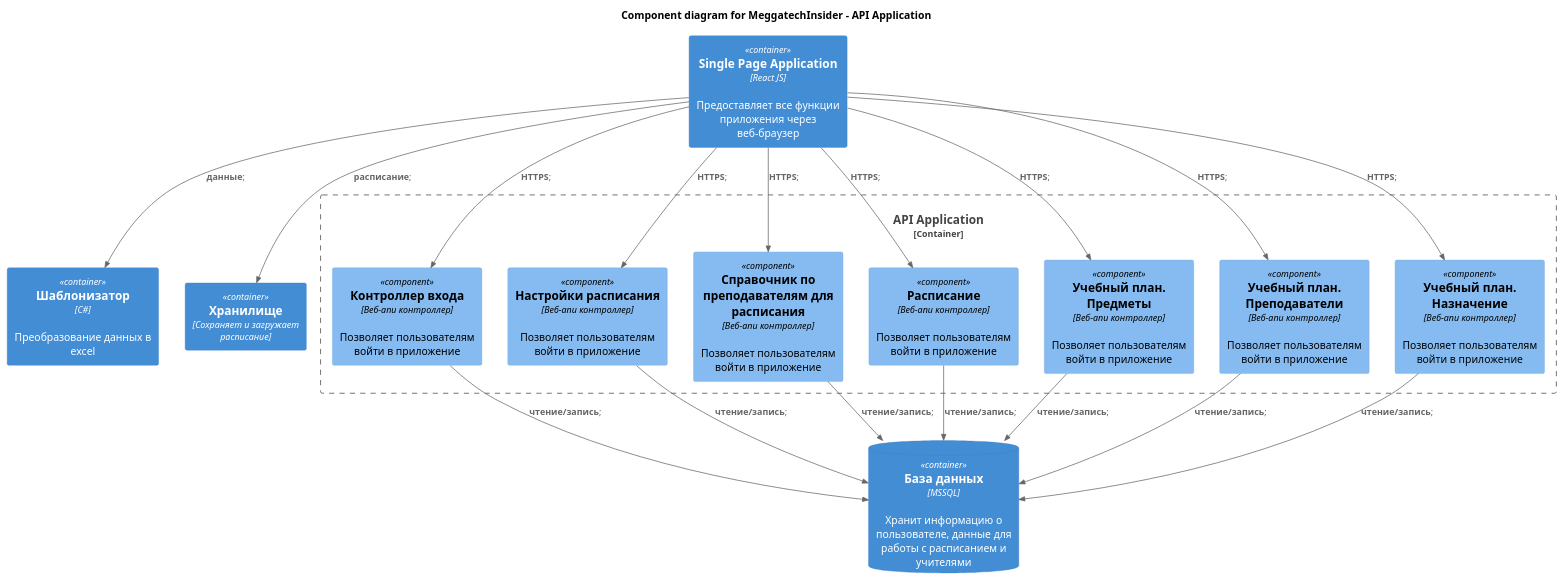
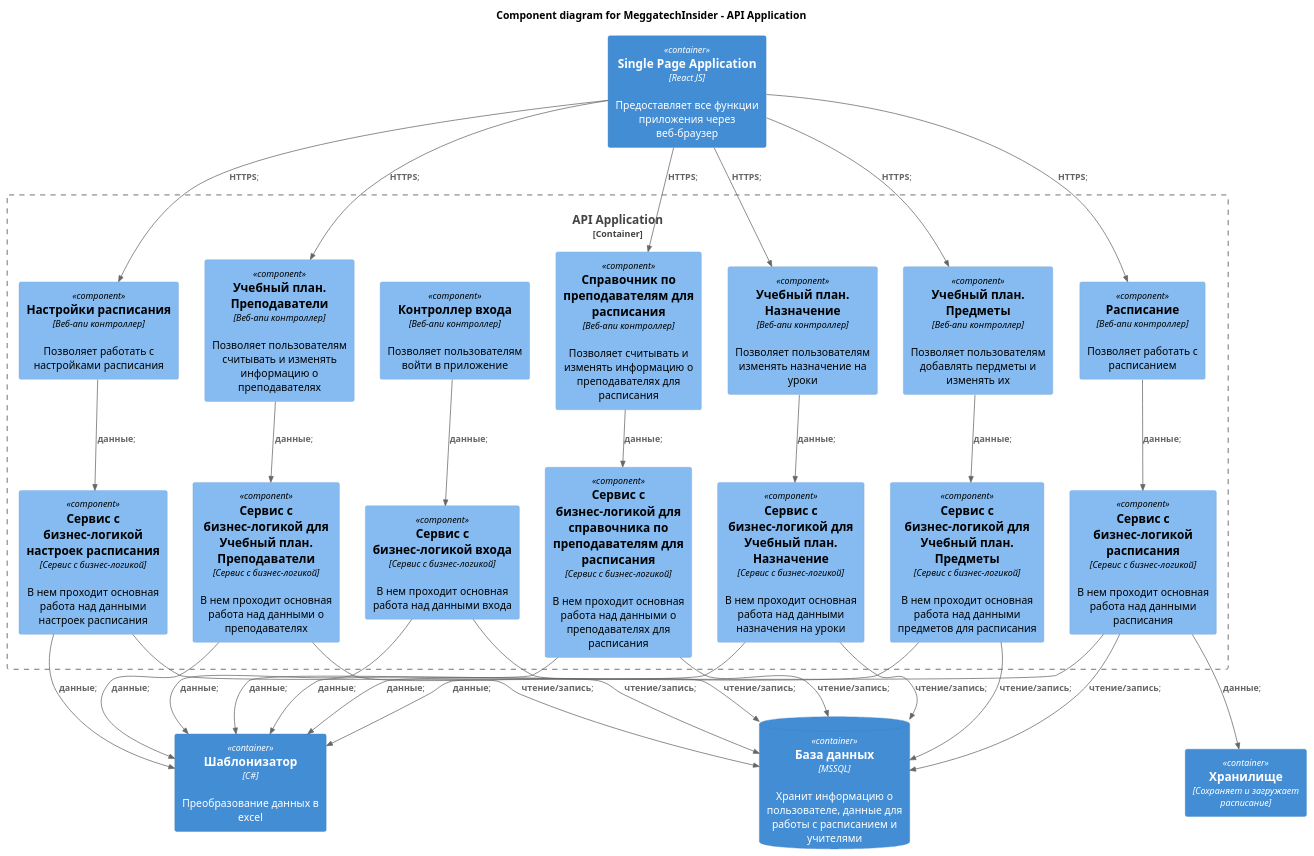
One commit to LiD-Meggatech/architecture changed the diagram in Технический проект/components.puml. Above: the diagram before and after it, drawn with PlantUML. The commit also changed 2 other files, not shown here.

```diff
--- a/Технический проект/components.puml
+++ b/Технический проект/components.puml
@@ -1,39 +1,64 @@
 @startuml Компоненты
 !include https://raw.githubusercontent.com/plantuml-stdlib/C4-PlantUML/master/C4_Component.puml
 
 title Component diagram for MeggatechInsider - API Application
 
 Container(spa, "Single Page Application", "React JS", "Предоставляет все функции приложения через веб-браузер")
 ContainerDb(db, "База данных", "MSSQL", "Хранит информацию о пользователе, данные для работы с расписанием и учителями")
 Container(excel, "Шаблонизатор", "C#", "Преобразование данных в excel")
 Container(sheduleStorage, "Хранилище", "Сохраняет и загружает расписание")
 
 Container_Boundary(api, "API Application") {
     Component(sign, "Контроллер входа", "Веб-апи контроллер", "Позволяет пользователям войти в приложение")
-    Component(sheduleSettings, "Настройки расписания", "Веб-апи контроллер", "Позволяет пользователям войти в приложение")
-    Component(teacherGuid, "Справочник по преподавателям для расписания", "Веб-апи контроллер", "Позволяет пользователям войти в приложение")
-    Component(shedule, "Расписание", "Веб-апи контроллер", "Позволяет пользователям войти в приложение")
-    Component(subjects, "Учебный план. Предметы", "Веб-апи контроллер", "Позволяет пользователям войти в приложение")
-    Component(teachers, "Учебный план. Преподаватели", "Веб-апи контроллер", "Позволяет пользователям войти в приложение")
-    Component(assignment, "Учебный план. Назначение", "Веб-апи контроллер", "Позволяет пользователям войти в приложение")
+    Component(sheduleSettings, "Настройки расписания", "Веб-апи контроллер", "Позволяет работать с настройками расписания")
+    Component(teacherGuid, "Справочник по преподавателям для расписания", "Веб-апи контроллер", "Позволяет считывать и изменять информацию о преподавателях для расписания")
+    Component(shedule, "Расписание", "Веб-апи контроллер", "Позволяет работать с расписанием")
+    Component(subjects, "Учебный план. Предметы", "Веб-апи контроллер", "Позволяет пользователям добавлять пердметы и изменять их")
+    Component(teachers, "Учебный план. Преподаватели", "Веб-апи контроллер", "Позволяет пользователям считывать и изменять информацию о преподавателях")
+    Component(assignment, "Учебный план. Назначение", "Веб-апи контроллер", "Позволяет пользователям изменять назначение на уроки")
 }
 
-Rel(spa, sign, 'HTTPS');
-Rel(spa, excel, 'данные');
-Rel(spa, sheduleStorage, 'расписание');
+Container_Boundary(api, "API Application") {
+    Component(signServices, "Сервис с бизнес-логикой входа", "Сервис с бизнес-логикой", "В нем проходит основная работа над данными входа")
+    Component(sheduleSettingsServices, "Сервис с бизнес-логикой настроек расписания", "Сервис с бизнес-логикой", "В нем проходит основная работа над данными настроек расписания")
+    Component(teacherGuidServices, "Сервис с бизнес-логикой для справочника по преподавателям для расписания", "Сервис с бизнес-логикой", "В нем проходит основная работа над данными о преподавателях для расписания")
+    Component(sheduleServices, "Сервис с бизнес-логикой расписания", "Сервис с бизнес-логикой", "В нем проходит основная работа над данными расписания")
+    Component(subjectsServices, "Сервис с бизнес-логикой для Учебный план. Предметы", "Сервис с бизнес-логикой", "В нем проходит основная работа над данными предметов для расписания")
+    Component(teachersServices, "Сервис с бизнес-логикой для Учебный план. Преподаватели", "Сервис с бизнес-логикой", "В нем проходит основная работа над данными о преподавателях")
+    Component(assignmentServices, "Сервис с бизнес-логикой для Учебный план. Назначение", "Сервис с бизнес-логикой", "В нем проходит основная работа над данными назначения на уроки")
+}
+
 Rel(spa, sheduleSettings, 'HTTPS');
 Rel(spa, teacherGuid, 'HTTPS');
 Rel(spa, shedule, 'HTTPS');
 Rel(spa, subjects, 'HTTPS');
 Rel(spa, teachers, 'HTTPS');
 Rel(spa, assignment, 'HTTPS');
 
-Rel(sign, db, 'чтение/запись');
-Rel(sheduleSettings, db, 'чтение/запись');
-Rel(teacherGuid, db, 'чтение/запись');
-Rel(shedule, db, 'чтение/запись');
-Rel(subjects, db, 'чтение/запись');
-Rel(teachers, db, 'чтение/запись');
-Rel(assignment, db, 'чтение/запись');
+Rel(sign, signServices, 'данные');
+Rel(sheduleSettings, sheduleSettingsServices, 'данные');
+Rel(teacherGuid, teacherGuidServices, 'данные');
+Rel(shedule, sheduleServices, 'данные');
+Rel(subjects, subjectsServices, 'данные');
+Rel(teachers, teachersServices, 'данные');
+Rel(assignment, assignmentServices, 'данные');
+
+Rel(signServices, db, 'чтение/запись');
+Rel(sheduleSettingsServices, db, 'чтение/запись');
+Rel(teacherGuidServices, db, 'чтение/запись');
+Rel(sheduleServices, db, 'чтение/запись');
+Rel(subjectsServices, db, 'чтение/запись');
+Rel(teachersServices, db, 'чтение/запись');
+Rel(assignmentServices, db, 'чтение/запись');
+
+Rel(signServices, excel, 'данные');
+Rel(sheduleSettingsServices, excel, 'данные');
+Rel(teacherGuidServices, excel, 'данные');
+Rel(sheduleServices, excel, 'данные');
+Rel(subjectsServices, excel, 'данные');
+Rel(teachersServices, excel, 'данные');
+Rel(assignmentServices, excel, 'данные');
+
+Rel(sheduleServices, sheduleStorage, 'данные');
 
 @enduml
```
